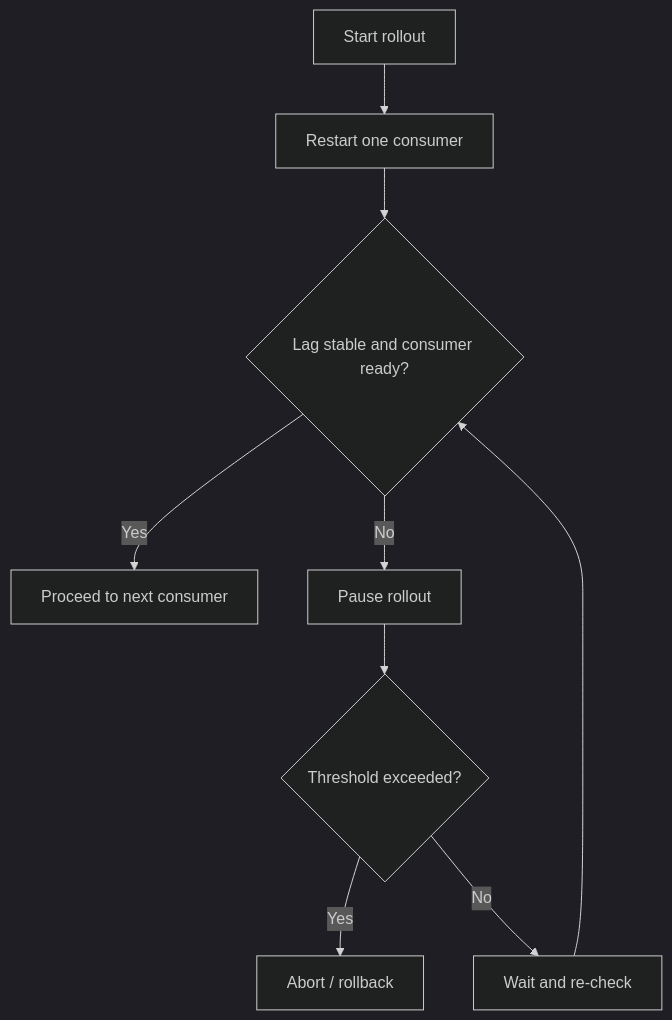
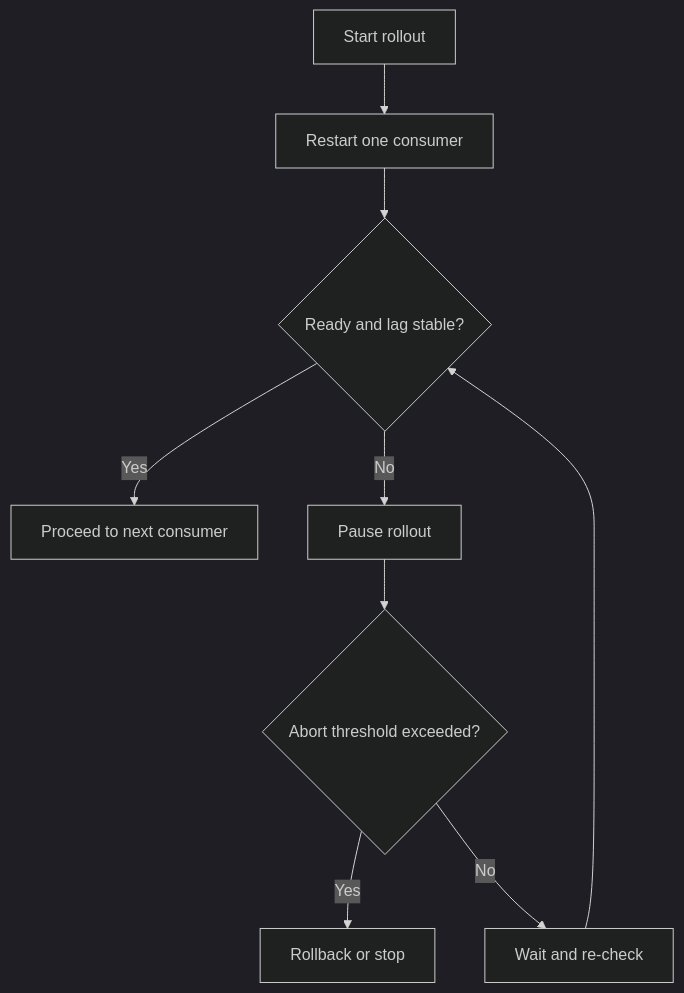
One commit to sandeepbhardwaj/sandeepbhardwaj.github.io changed the diagram in _posts/2026-06-28-kafka-consumer-rebalance-zero-downtime-part-3.md. Above: the diagram before and after it, drawn with Mermaid (dark theme). The commit also changed other lines of this file and 113 other files, not shown here.

````diff
--- a/_posts/2026-06-28-kafka-consumer-rebalance-zero-downtime-part-3.md
+++ b/_posts/2026-06-28-kafka-consumer-rebalance-zero-downtime-part-3.md
@@ -50,11 +41,11 @@
 ```mermaid
 flowchart TD
     A[Start rollout] --> B[Restart one consumer]
-    B --> C{Lag stable and consumer ready?}
+    B --> C{Ready and lag stable?}
     C -->|Yes| D[Proceed to next consumer]
     C -->|No| E[Pause rollout]
-    E --> F{Threshold exceeded?}
-    F -->|Yes| G[Abort / rollback]
+    E --> F{Abort threshold exceeded?}
+    F -->|Yes| G[Rollback or stop]
     F -->|No| H[Wait and re-check]
     H --> C
 ```
````
